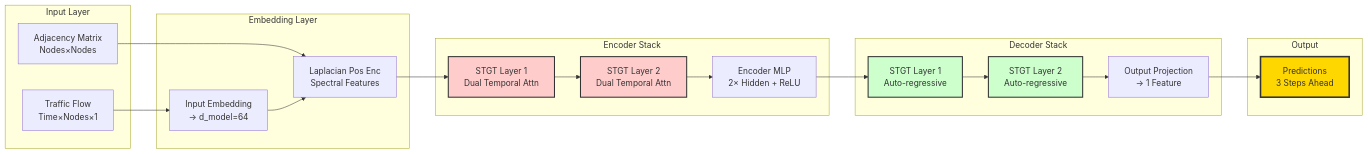
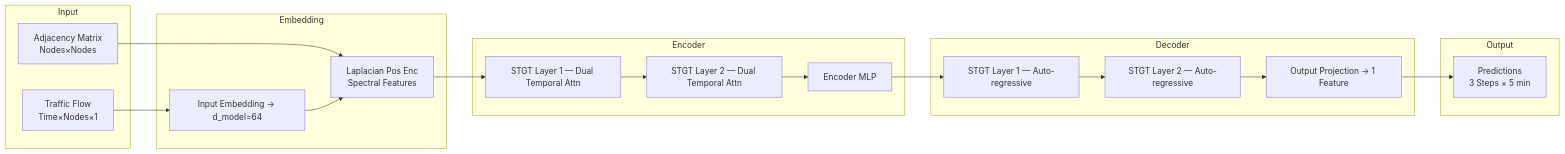
One commit to Tran-Tr-Khai/hcmc_realtime_traffic_forecasting_MLOps changed the diagram in README.md. Above: the diagram before and after it, drawn with Mermaid. The commit also changed other lines of this file and 1 other file, not shown here.

````diff
--- a/README.md
+++ b/README.md
@@ -134,45 +79,32 @@
 ```mermaid
 graph LR
-    subgraph "Input Layer"
+    subgraph "Input"
         A1[Traffic Flow<br/>Time×Nodes×1]
         A2[Adjacency Matrix<br/>Nodes×Nodes]
     end
-    
-    subgraph "Embedding Layer"
-        B1[Input Embedding<br/>→ d_model=64]
+
+    subgraph "Embedding"
+        B1[Input Embedding → d_model=64]
         B2[Laplacian Pos Enc<br/>Spectral Features]
     end
-    
-    subgraph "Encoder Stack"
-        C1[STGT Layer 1<br/>Dual Temporal Attn]
-        C2[STGT Layer 2<br/>Dual Temporal Attn]
-        C3[Encoder MLP<br/>2× Hidden + ReLU]
+
+    subgraph "Encoder"
+        C1[STGT Layer 1 — Dual Temporal Attn]
+        C2[STGT Layer 2 — Dual Temporal Attn]
+        C3[Encoder MLP]
     end
-    
-    subgraph "Decoder Stack"
-        D1[STGT Layer 1<br/>Auto-regressive]
-        D2[STGT Layer 2<br/>Auto-regressive]
-        D3[Output Projection<br/>→ 1 Feature]
+
+    subgraph "Decoder"
+        D1[STGT Layer 1 — Auto-regressive]
+        D2[STGT Layer 2 — Auto-regressive]
+        D3[Output Projection → 1 Feature]
     end
-    
+
     subgraph "Output"
-        E1[Predictions<br/>3 Steps Ahead]
+        E1[Predictions<br/>3 Steps × 5 min]
     end
-    
+
     A1 --> B1
     A2 --> B2
-    B1 --> B2
-    B2 --> C1
-    C1 --> C2
-    C2 --> C3
-    C3 --> D1
-    D1 --> D2
-    D2 --> D3
-    D3 --> E1
-    
-    style C1 fill:#ffcccc,stroke:#333,stroke-width:2px
-    style C2 fill:#ffcccc,stroke:#333,stroke-width:2px
-    style D1 fill:#ccffcc,stroke:#333,stroke-width:2px
-    style D2 fill:#ccffcc,stroke:#333,stroke-width:2px
-    style E1 fill:#ffd700,stroke:#333,stroke-width:3px
+    B1 --> B2 --> C1 --> C2 --> C3 --> D1 --> D2 --> D3 --> E1
 ```
````
